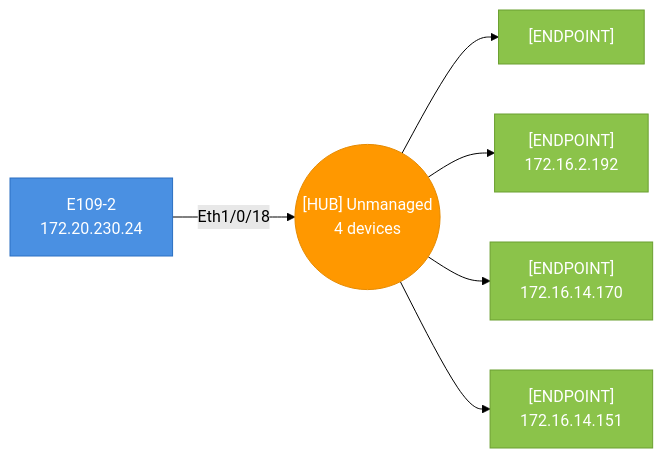
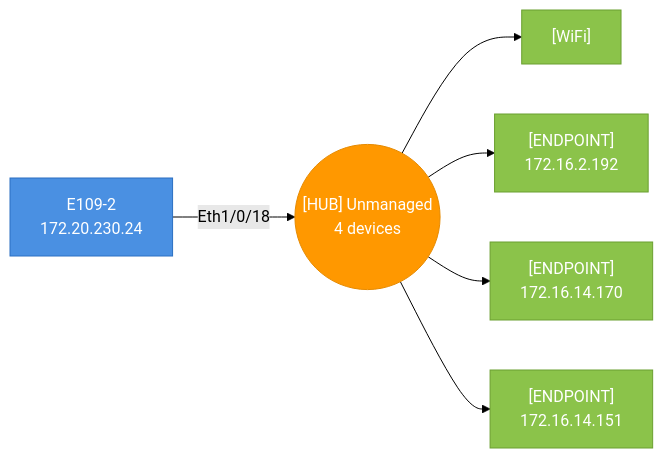
One commit to djamic/LLDP-Skanner-Go changed diagram 24 of 47 in testdata/golden/audit_default.md. Above: the diagram before and after it, drawn with Mermaid (forest theme). The commit also changed other lines of this file and 12 other files, not shown here.

````diff
--- a/testdata/golden/audit_default.md
+++ b/testdata/golden/audit_default.md
@@ -1893,20 +2049,20 @@
 ```mermaid
 graph LR
   hub_f8f0827c2d17_p18(("[HUB] Unmanaged<br>4 devices"))
   f8f0827c2d17["E109-2<br>172.20.230.24"]
   f8f0827c2d17-- "Eth1/0/18" -->hub_f8f0827c2d17_p18
   style f8f0827c2d17 fill:#4A90E2,stroke:#2A6FC2,color:#fff
-  123558344d56["[ENDPOINT]"]
+  123558344d56["[WiFi]"]
   hub_f8f0827c2d17_p18-->123558344d56
   style 123558344d56 fill:#8BC34A,stroke:#6B9F30,color:#fff
   a4cf995d8c79["[ENDPOINT]<br>172.16.2.192"]
   hub_f8f0827c2d17_p18-->a4cf995d8c79
   style a4cf995d8c79 fill:#8BC34A,stroke:#6B9F30,color:#fff
   b0a7b9ee8d6e["[ENDPOINT]<br>172.16.14.170"]
   hub_f8f0827c2d17_p18-->b0a7b9ee8d6e
   style b0a7b9ee8d6e fill:#8BC34A,stroke:#6B9F30,color:#fff
   c0bfbed99bd7["[ENDPOINT]<br>172.16.14.151"]
   hub_f8f0827c2d17_p18-->c0bfbed99bd7
   style c0bfbed99bd7 fill:#8BC34A,stroke:#6B9F30,color:#fff
   style hub_f8f0827c2d17_p18 fill:#FF9800,stroke:#E68A00,color:#fff
 ```
````
